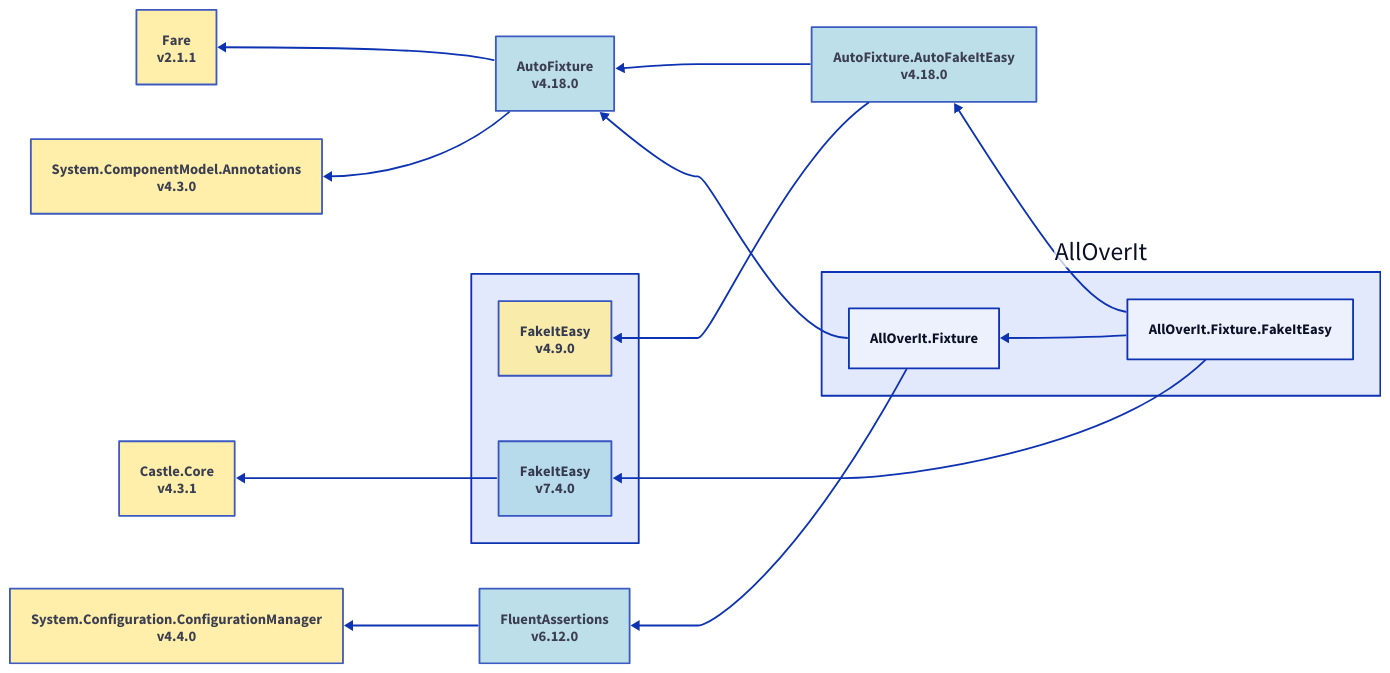
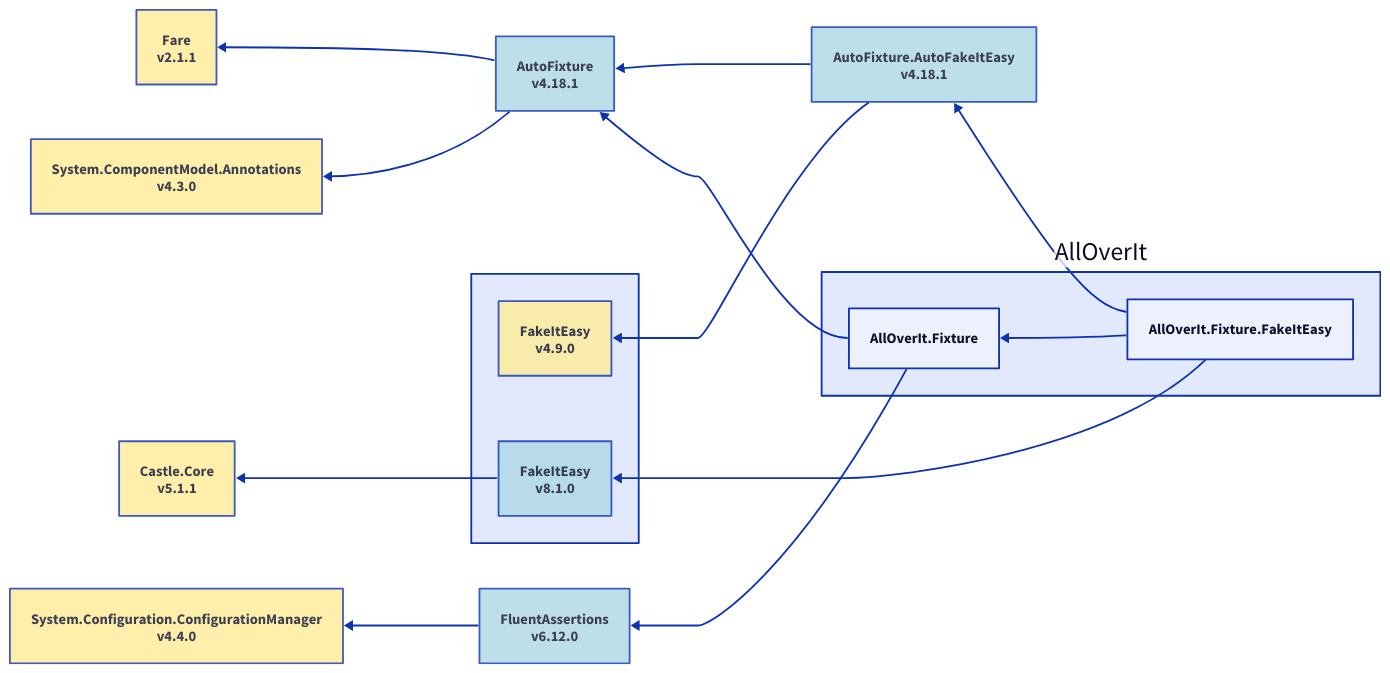
Before and after one commit to mjfreelancing/AllOverIt: the diagram in Docs/Reference/Content/images/dependencies/net6.0/alloverit-fixture-fakeiteasy.d2, drawn with D2. The commit also changed 56 other files, not shown here.

```diff
--- a/Docs/Reference/Content/images/dependencies/net6.0/alloverit-fixture-fakeiteasy.d2
+++ b/Docs/Reference/Content/images/dependencies/net6.0/alloverit-fixture-fakeiteasy.d2
@@ -1,44 +1,44 @@
 direction: left
 
 aoi: AllOverIt
 aoi.alloverit-fixture-fakeiteasy: AllOverIt.Fixture.FakeItEasy
-autofixture-autofakeiteasy_4-18-0: AutoFixture.AutoFakeItEasy\nv4.18.0
-autofixture-autofakeiteasy_4-18-0.style.fill: "#ADD8E6"
-autofixture-autofakeiteasy_4-18-0.style.opacity: 0.8
-autofixture_4-18-0: AutoFixture\nv4.18.0
-autofixture_4-18-0.style.opacity: 0.8
-autofixture_4-18-0.style.fill: "#ADD8E6"
-autofixture_4-18-0 <- autofixture-autofakeiteasy_4-18-0
+autofixture-autofakeiteasy_4-18-1: AutoFixture.AutoFakeItEasy\nv4.18.1
+autofixture-autofakeiteasy_4-18-1.style.fill: "#ADD8E6"
+autofixture-autofakeiteasy_4-18-1.style.opacity: 0.8
+autofixture_4-18-1: AutoFixture\nv4.18.1
+autofixture_4-18-1.style.opacity: 0.8
+autofixture_4-18-1.style.fill: "#ADD8E6"
+autofixture_4-18-1 <- autofixture-autofakeiteasy_4-18-1
 fakeiteasy-group: ""
 fakeiteasy-group.fakeiteasy_4-9-0: FakeItEasy\nv4.9.0
 fakeiteasy-group.fakeiteasy_4-9-0.style.fill: "#FFEC96"
 fakeiteasy-group.fakeiteasy_4-9-0.style.opacity: 0.8
-fakeiteasy-group.fakeiteasy_4-9-0 <- autofixture-autofakeiteasy_4-18-0
-autofixture-autofakeiteasy_4-18-0 <- aoi.alloverit-fixture-fakeiteasy
-fakeiteasy-group.fakeiteasy_7-4-0: FakeItEasy\nv7.4.0
-fakeiteasy-group.fakeiteasy_7-4-0.style.fill: "#ADD8E6"
-fakeiteasy-group.fakeiteasy_7-4-0.style.opacity: 0.8
-castle-core_4-3-1: Castle.Core\nv4.3.1
-castle-core_4-3-1.style.fill: "#FFEC96"
-castle-core_4-3-1.style.opacity: 0.8
-castle-core_4-3-1 <- fakeiteasy-group.fakeiteasy_7-4-0
-fakeiteasy-group.fakeiteasy_7-4-0 <- aoi.alloverit-fixture-fakeiteasy
+fakeiteasy-group.fakeiteasy_4-9-0 <- autofixture-autofakeiteasy_4-18-1
+autofixture-autofakeiteasy_4-18-1 <- aoi.alloverit-fixture-fakeiteasy
+fakeiteasy-group.fakeiteasy_8-1-0: FakeItEasy\nv8.1.0
+fakeiteasy-group.fakeiteasy_8-1-0.style.fill: "#ADD8E6"
+fakeiteasy-group.fakeiteasy_8-1-0.style.opacity: 0.8
+castle-core_5-1-1: Castle.Core\nv5.1.1
+castle-core_5-1-1.style.fill: "#FFEC96"
+castle-core_5-1-1.style.opacity: 0.8
+castle-core_5-1-1 <- fakeiteasy-group.fakeiteasy_8-1-0
+fakeiteasy-group.fakeiteasy_8-1-0 <- aoi.alloverit-fixture-fakeiteasy
 aoi.alloverit-fixture: AllOverIt.Fixture
 fare_2-1-1: Fare\nv2.1.1
 fare_2-1-1.style.fill: "#FFEC96"
 fare_2-1-1.style.opacity: 0.8
-fare_2-1-1 <- autofixture_4-18-0
+fare_2-1-1 <- autofixture_4-18-1
 system-componentmodel-annotations_4-3-0: System.ComponentModel.Annotations\nv4.3.0
 system-componentmodel-annotations_4-3-0.style.fill: "#FFEC96"
 system-componentmodel-annotations_4-3-0.style.opacity: 0.8
-system-componentmodel-annotations_4-3-0 <- autofixture_4-18-0
-autofixture_4-18-0 <- aoi.alloverit-fixture
+system-componentmodel-annotations_4-3-0 <- autofixture_4-18-1
+autofixture_4-18-1 <- aoi.alloverit-fixture
 fluentassertions_6-12-0: FluentAssertions\nv6.12.0
 fluentassertions_6-12-0.style.fill: "#ADD8E6"
 fluentassertions_6-12-0.style.opacity: 0.8
 system-configuration-configurationmanager_4-4-0: System.Configuration.ConfigurationManager\nv4.4.0
 system-configuration-configurationmanager_4-4-0.style.fill: "#FFEC96"
 system-configuration-configurationmanager_4-4-0.style.opacity: 0.8
 system-configuration-configurationmanager_4-4-0 <- fluentassertions_6-12-0
 fluentassertions_6-12-0 <- aoi.alloverit-fixture
 aoi.alloverit-fixture <- aoi.alloverit-fixture-fakeiteasy
```
